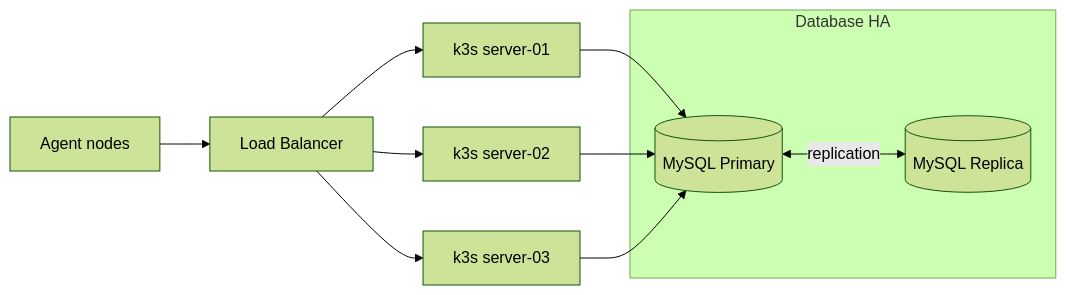
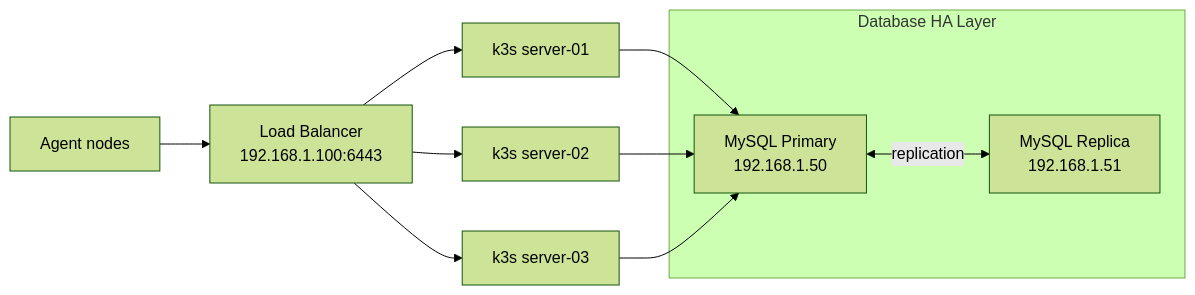
The third of 6 diagrams in 06_multi_node_cluster/03_external_datastore.md (UncleJS/course_k3s), drawn with Mermaid (forest theme) before and after one commit. The commit also changed other lines of this file and 45 other files, not shown here.

First line of the commit message:
Expand all course lessons: Mermaid diagrams + rich prose across 43 files

````diff
--- a/06_multi_node_cluster/03_external_datastore.md
+++ b/06_multi_node_cluster/03_external_datastore.md
@@ -162,13 +245,11 @@
 ```mermaid
 graph LR
-    subgraph Database HA
-        DB[(MySQL Primary)] <-->|replication| DBR[(MySQL Replica)]
+    subgraph "Database HA Layer"
+        DB["MySQL Primary<br/>192.168.1.50"] <-->|"replication"| DBR["MySQL Replica<br/>192.168.1.51"]
     end
-    S1[k3s server-01] --> DB
-    S2[k3s server-02] --> DB
-    S3[k3s server-03] --> DB
-    LB[Load Balancer] --> S1
-    LB --> S2
-    LB --> S3
-    W1[Agent nodes] --> LB
+    S1["k3s server-01"] --> DB
+    S2["k3s server-02"] --> DB
+    S3["k3s server-03"] --> DB
+    LB["Load Balancer<br/>192.168.1.100:6443"] --> S1 & S2 & S3
+    W1["Agent nodes"] --> LB
 ```
````
